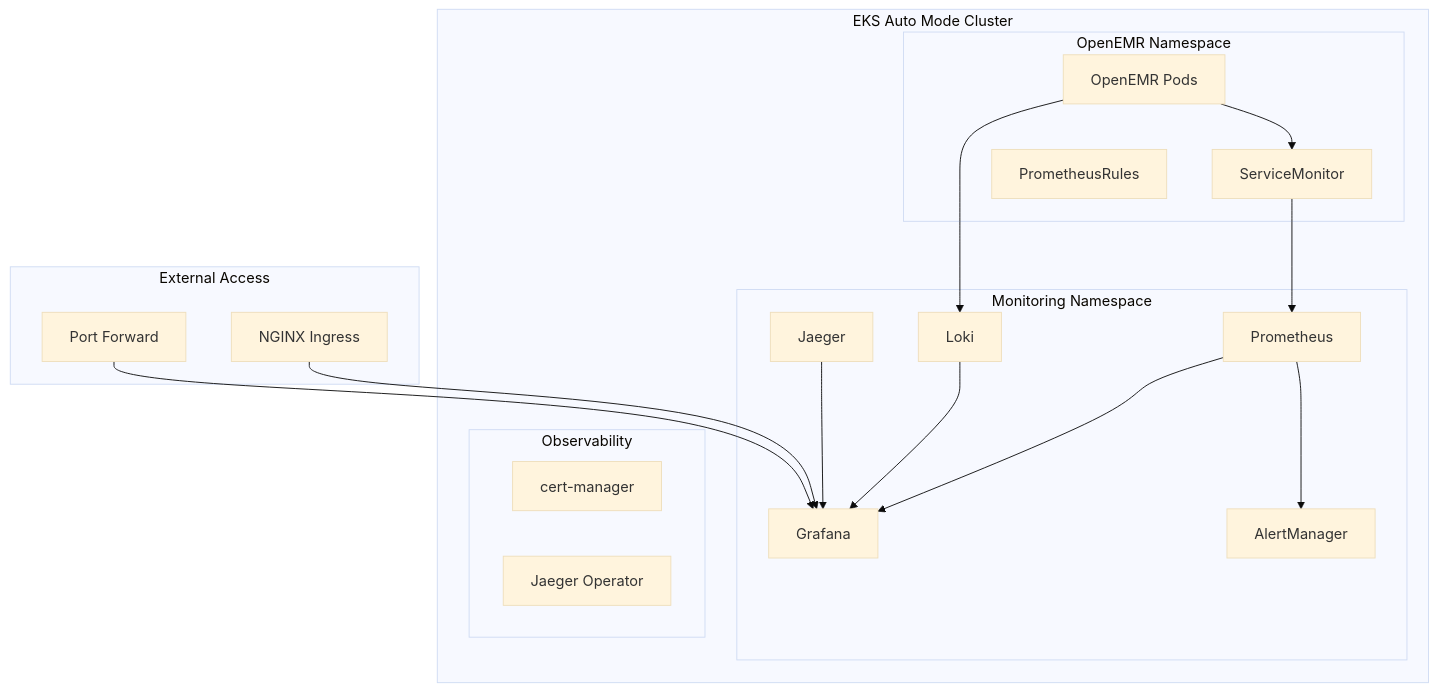
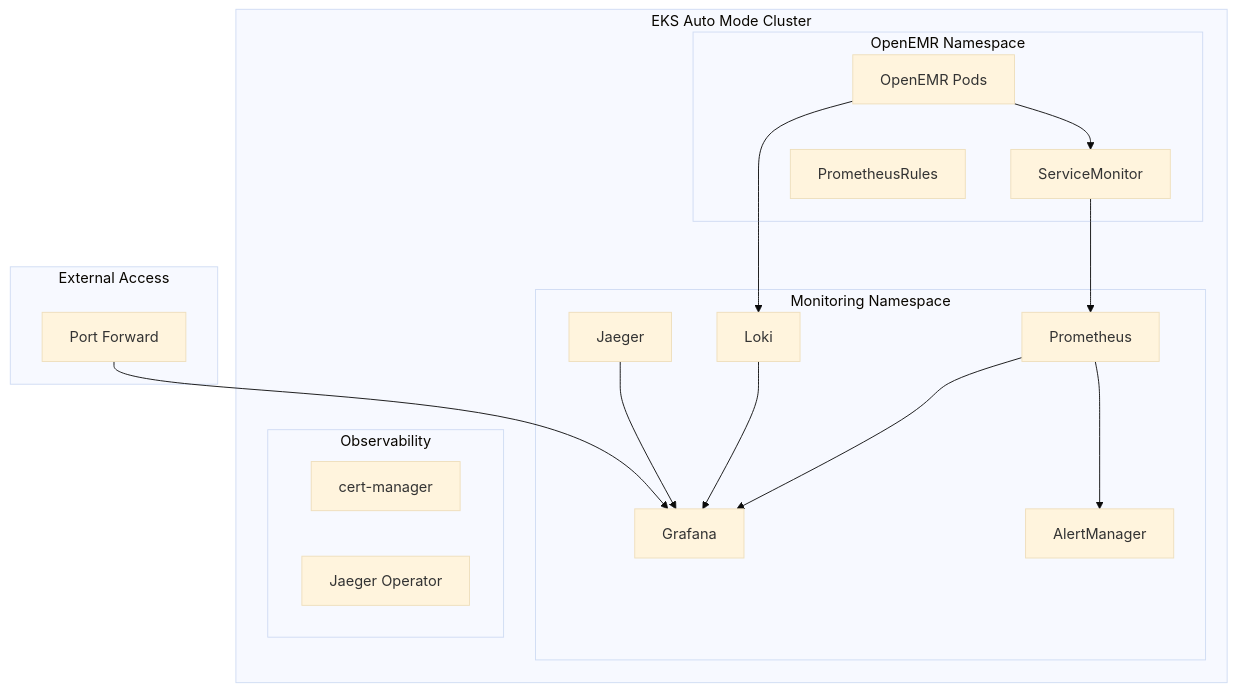
The first of 2 diagrams in monitoring/README.md (Jmevorach/openemr-on-eks), drawn with Mermaid (base theme) before and after one commit. The commit also changed other lines of this file and 6 other files, not shown here.

First line of the commit message:
minor release v4.3.0: removes ingress-nginx support from monitoring stack (#29)

````diff
--- a/monitoring/README.md
+++ b/monitoring/README.md
@@ -24,38 +24,36 @@
 ```mermaid
 graph TB
     subgraph "EKS Auto Mode Cluster"
         subgraph "Monitoring Namespace"
             PROM[Prometheus]
             GRAF[Grafana]
             LOKI[Loki]
             JAEG[Jaeger]
             ALERT[AlertManager]
         end
 
         subgraph "OpenEMR Namespace"
             OE[OpenEMR Pods]
             SM[ServiceMonitor]
             PR[PrometheusRules]
         end
 
         subgraph "Observability"
             CM[cert-manager]
             JO[Jaeger Operator]
         end
     end
 
     subgraph "External Access"
-        ING[NGINX Ingress]
         PF[Port Forward]
     end
 
     OE --> SM
     SM --> PROM
     OE --> LOKI
     PROM --> GRAF
     LOKI --> GRAF
     JAEG --> GRAF
     PROM --> ALERT
-    ING --> GRAF
     PF --> GRAF
 ```
````
